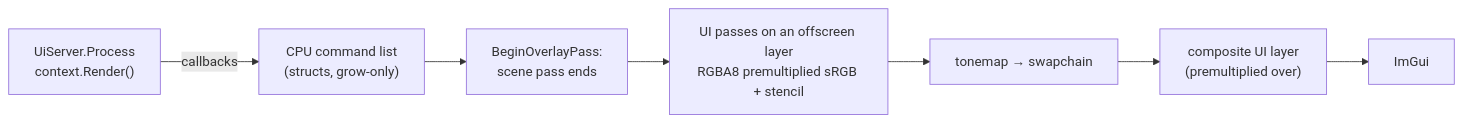
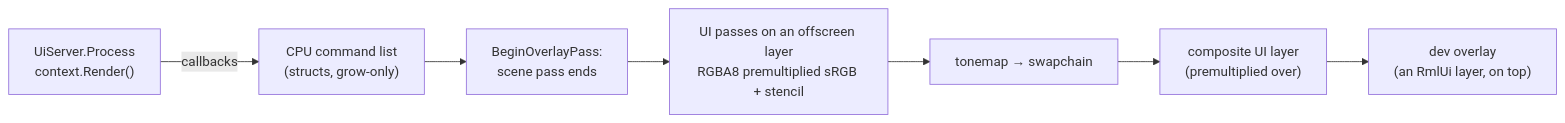
One commit to Mainframe-Games/mainframe-engine changed the first of 2 diagrams in docs/design/game-ui.md. Above: the diagram before and after it, drawn with Mermaid. The commit also changed other lines of this file and 588 other files, not shown here.

````diff
--- a/docs/design/game-ui.md
+++ b/docs/design/game-ui.md
@@ -129,9 +129,9 @@
 ```mermaid
 flowchart LR
     P["UiServer.Process<br/>context.Render()"] -->|callbacks| R["CPU command list<br/>(structs, grow-only)"]
     R --> O["BeginOverlayPass:<br/>scene pass ends"]
     O --> L["UI passes on an offscreen layer<br/>RGBA8 premultiplied sRGB + stencil"]
     L --> T["tonemap → swapchain"]
     T --> C["composite UI layer<br/>(premultiplied over)"]
-    C --> I["ImGui"]
+    C --> I["dev overlay<br/>(an RmlUi layer, on top)"]
 ```
````
